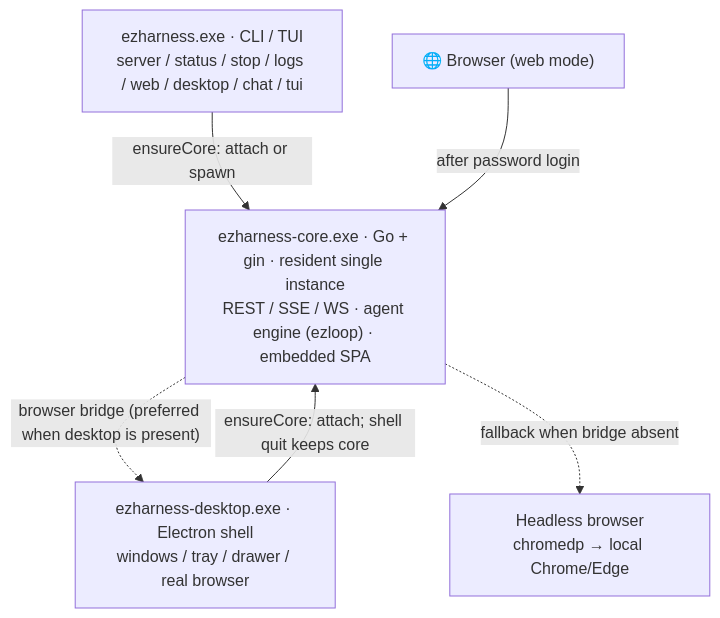
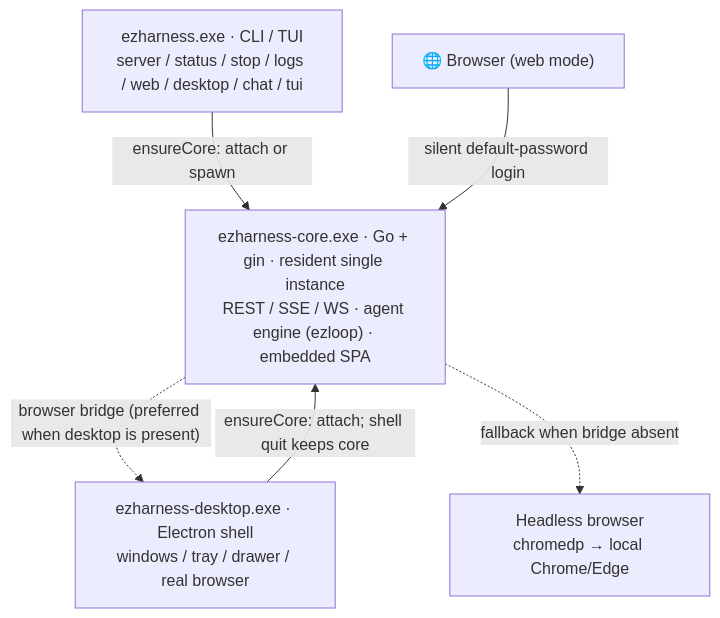
The diagram in README.en.md (xuanlv2002/ezharness), drawn with Mermaid before and after one commit. The commit also changed other lines of this file and 24 other files, not shown here.

````diff
--- a/README.en.md
+++ b/README.en.md
@@ -105,13 +105,13 @@
 ```mermaid
 flowchart TB
     CLI["ezharness.exe · CLI / TUI<br/>server / status / stop / logs / web / desktop / chat / tui"]
     DESK["ezharness-desktop.exe · Electron shell<br/>windows / tray / drawer / real browser"]
     WEB["🌐 Browser (web mode)"]
     CORE["ezharness-core.exe · Go + gin · resident single instance<br/>REST / SSE / WS · agent engine (ezloop) · embedded SPA"]
     HE["Headless browser<br/>chromedp → local Chrome/Edge"]
     CLI -- "ensureCore: attach or spawn" --> CORE
     DESK -- "ensureCore: attach; shell quit keeps core" --> CORE
-    WEB -- "after password login" --> CORE
+    WEB -- "silent default-password login" --> CORE
     CORE -. "browser bridge (preferred when desktop is present)" .-> DESK
     CORE -. "fallback when bridge absent" .-> HE
 ```
````
